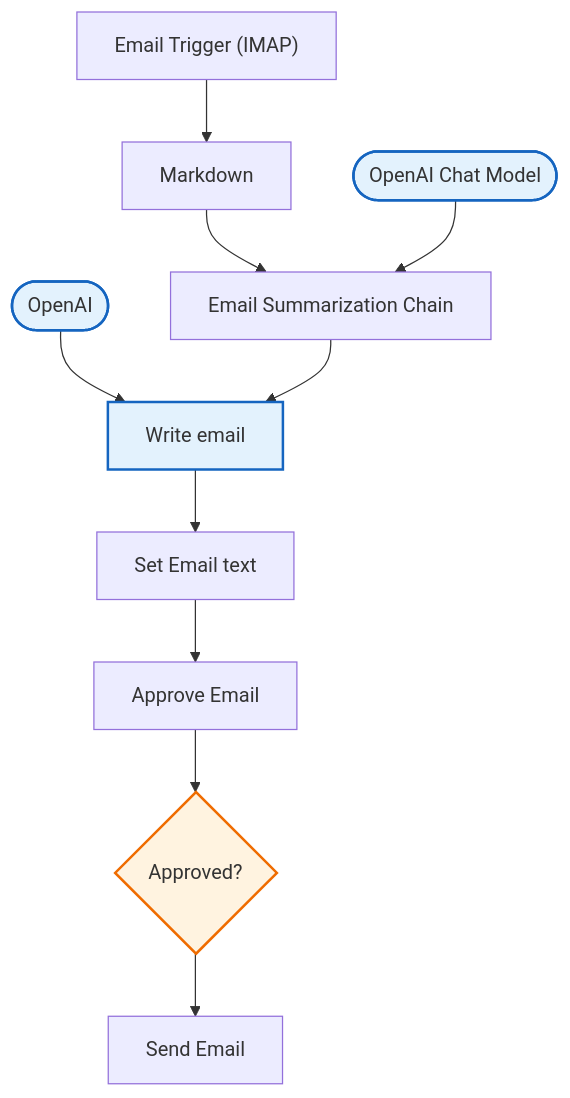
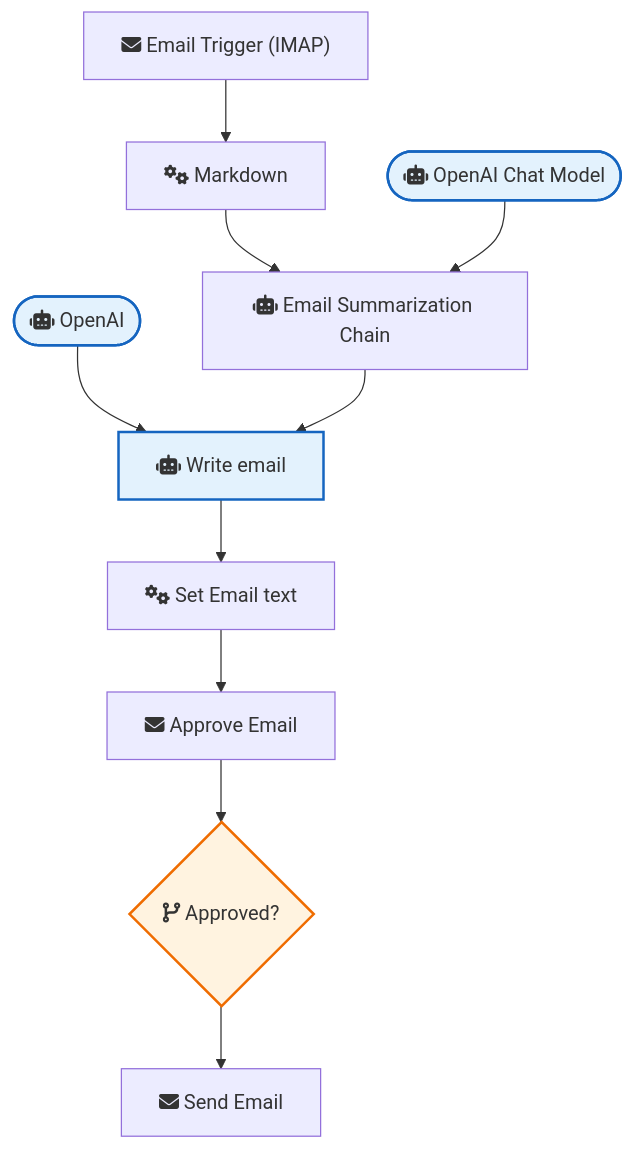
The diagram in Gmail_and_Email_Automation/Very Simple Human in the Loop System Email with Ai E Imap.md (sreyash3105/N8N-DEMO-AUTOMATIONS), drawn with Mermaid before and after one commit. The commit also changed 291 other files, not shown here.

````diff
--- a/Gmail_and_Email_Automation/Very Simple Human in the Loop System Email with Ai E Imap.md
+++ b/Gmail_and_Email_Automation/Very Simple Human in the Loop System Email with Ai E Imap.md
@@ -1,27 +1,27 @@
 ```mermaid
 graph TD
     classDef trigger fill:#e8f5e9,stroke:#2e7d32,stroke-width:2px;
     classDef ai fill:#e3f2fd,stroke:#1565c0,stroke-width:2px;
     classDef logic fill:#fff3e0,stroke:#ef6c00,stroke-width:2px;
 
-    Email_Trigger__IMAP_["Email Trigger (IMAP)"]
-    Markdown["Markdown"]
-    Send_Email["Send Email"]
-    Email_Summarization_Chain["Email Summarization Chain"]
-    Write_email["Write email"]:::ai
-    OpenAI(["OpenAI"]):::ai
-    Approve_Email["Approve Email"]
-    OpenAI_Chat_Model(["OpenAI Chat Model"]):::ai
-    Set_Email_text["Set Email text"]
-    Approved_{"Approved?"}:::logic
+    Email_Trigger__IMAP_["fas:fa-envelope Email Trigger (IMAP)"]
+    Markdown["fas:fa-cogs Markdown"]
+    Send_Email["fas:fa-envelope Send Email"]
+    Email_Summarization_Chain["fas:fa-robot Email Summarization Chain"]
+    Write_email["fas:fa-robot Write email"]:::ai
+    OpenAI(["fas:fa-robot OpenAI"]):::ai
+    Approve_Email["fas:fa-envelope Approve Email"]
+    OpenAI_Chat_Model(["fas:fa-robot OpenAI Chat Model"]):::ai
+    Set_Email_text["fas:fa-cogs Set Email text"]
+    Approved_{"fas:fa-code-branch Approved?"}:::logic
 
     OpenAI --> Write_email
     Markdown --> Email_Summarization_Chain
     Approved_ --> Send_Email
     Write_email --> Set_Email_text
     Approve_Email --> Approved_
     Set_Email_text --> Approve_Email
     OpenAI_Chat_Model --> Email_Summarization_Chain
     Email_Trigger__IMAP_ --> Markdown
     Email_Summarization_Chain --> Write_email
 ```
````
